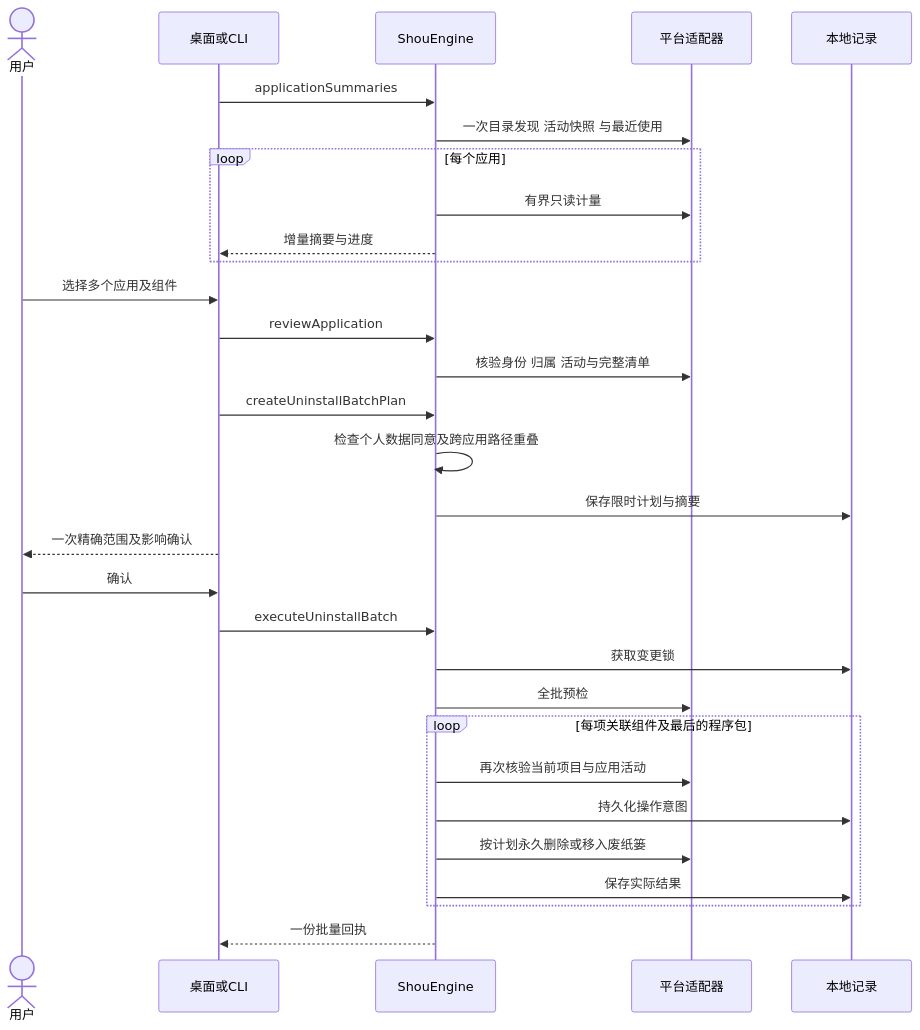
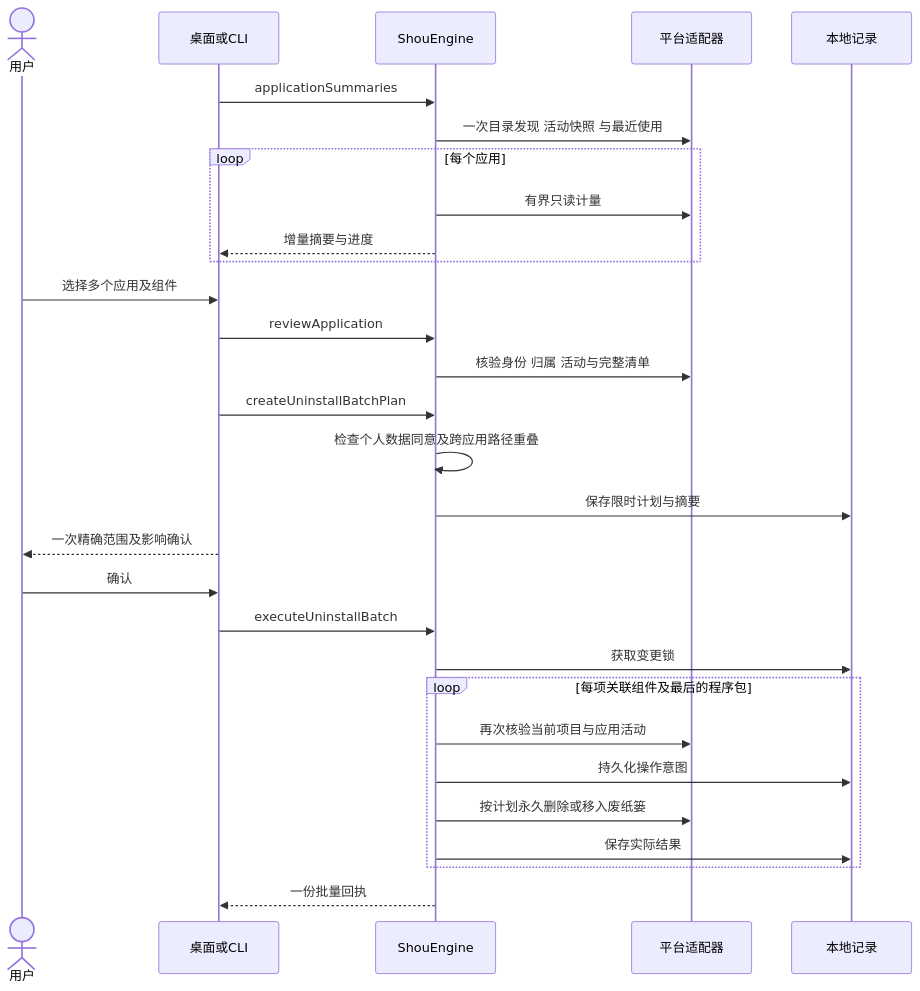
Before and after one commit to limecloud/shou: the tenth of 11 diagrams in docs/zh-CN/product/application-uninstall.md, drawn with Mermaid. The commit also changed other lines of this file and 162 other files, not shown here.

````diff
--- a/docs/zh-CN/product/application-uninstall.md
+++ b/docs/zh-CN/product/application-uninstall.md
@@ -307,32 +309,31 @@
 ```mermaid
 sequenceDiagram
   actor User as 用户
   participant UI as 桌面或CLI
   participant Core as ShouEngine
   participant Mac as 平台适配器
   participant Store as 本地记录
   UI->>Core: applicationSummaries
   Core->>Mac: 一次目录发现 活动快照 与最近使用
   loop 每个应用
     Core->>Mac: 有界只读计量
     Core-->>UI: 增量摘要与进度
   end
   User->>UI: 选择多个应用及组件
   UI->>Core: reviewApplication
   Core->>Mac: 核验身份 归属 活动与完整清单
   UI->>Core: createUninstallBatchPlan
   Core->>Core: 检查个人数据同意及跨应用路径重叠
   Core->>Store: 保存限时计划与摘要
   UI-->>User: 一次精确范围及影响确认
   User->>UI: 确认
   UI->>Core: executeUninstallBatch
   Core->>Store: 获取变更锁
-  Core->>Mac: 全批预检
   loop 每项关联组件及最后的程序包
     Core->>Mac: 再次核验当前项目与应用活动
     Core->>Store: 持久化操作意图
     Core->>Mac: 按计划永久删除或移入废纸篓
     Core->>Store: 保存实际结果
   end
   Core-->>UI: 一份批量回执
 ```
````
